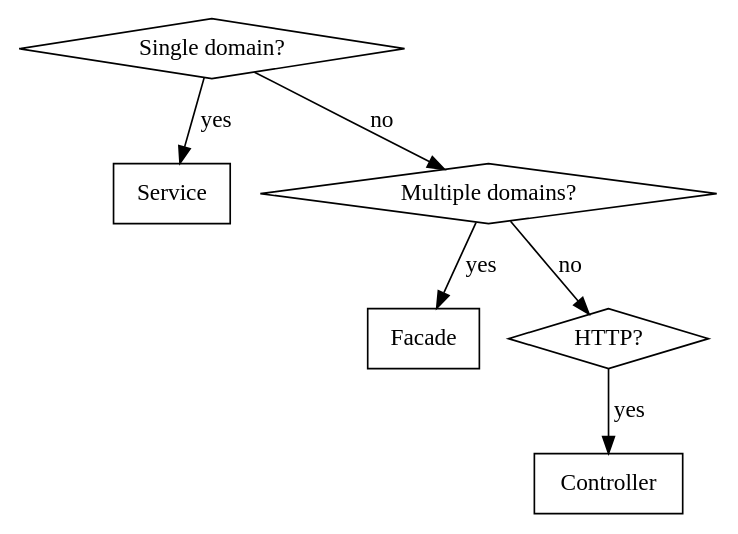
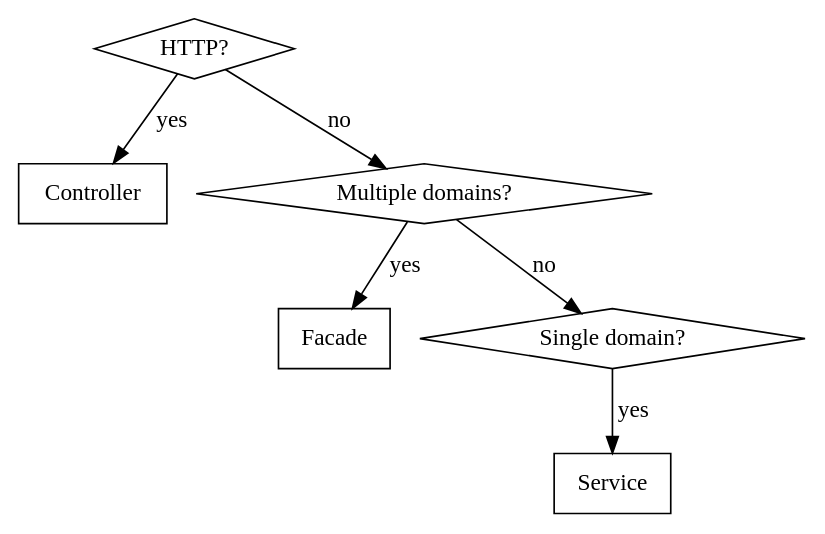
The diagram in projects/loopers-kotlin-spring-template/docs/implementation/layer-boundaries.md (toongri/oh-my-toong-playground), drawn with Graphviz before and after one commit.

Commit message:
fix: layer-boundaries 판단 그래프 HTTP 분기 순서 교정

````diff
--- a/projects/loopers-kotlin-spring-template/docs/implementation/layer-boundaries.md
+++ b/projects/loopers-kotlin-spring-template/docs/implementation/layer-boundaries.md
@@ -26,16 +26,16 @@
 ```dot
 digraph layer {
+    "HTTP?" [shape=diamond];
+    "Controller" [shape=box];
+    "Multiple domains?" [shape=diamond];
+    "Facade" [shape=box];
     "Single domain?" [shape=diamond];
     "Service" [shape=box];
-    "Multiple domains?" [shape=diamond];
-    "Facade" [shape=box];
-    "HTTP?" [shape=diamond];
-    "Controller" [shape=box];
 
+    "HTTP?" -> "Controller" [label="yes"];
+    "HTTP?" -> "Multiple domains?" [label="no"];
+    "Multiple domains?" -> "Facade" [label="yes"];
+    "Multiple domains?" -> "Single domain?" [label="no"];
     "Single domain?" -> "Service" [label="yes"];
-    "Single domain?" -> "Multiple domains?" [label="no"];
-    "Multiple domains?" -> "Facade" [label="yes"];
-    "Multiple domains?" -> "HTTP?" [label="no"];
-    "HTTP?" -> "Controller" [label="yes"];
 }
 ```
````
